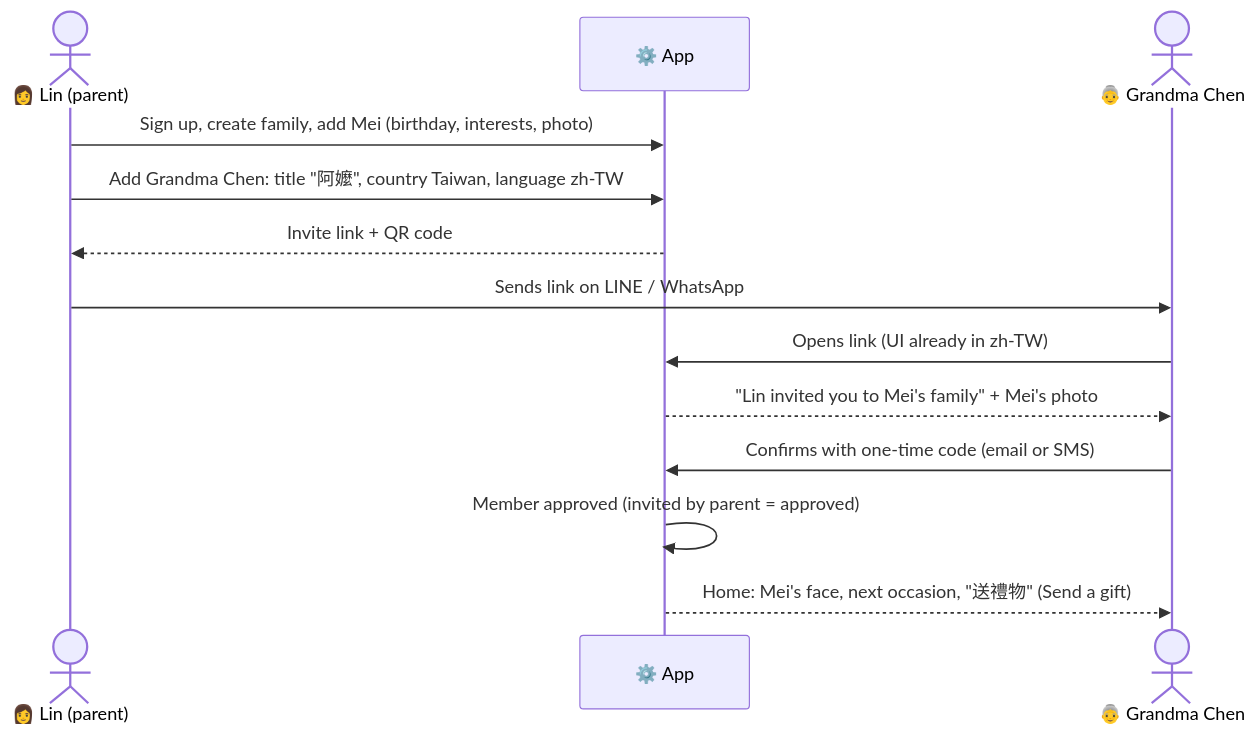
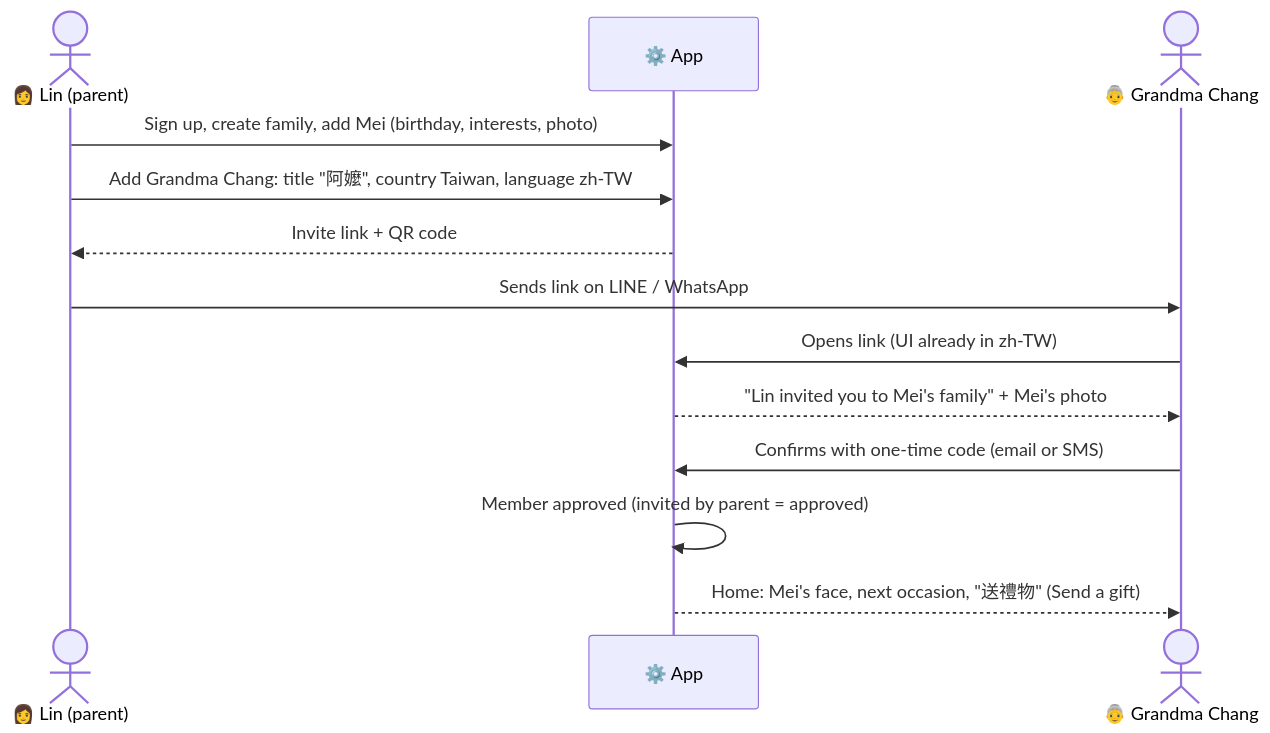
The second of 7 diagrams in docs/USER-FLOWS.md (SummerBreezeChang/thought), drawn with Mermaid before and after one commit. The commit also changed other lines of this file and 16 other files, not shown here.

First line of the commit message:
Grandma Chang, not Chen: fix the name everywhere

````diff
--- a/docs/USER-FLOWS.md
+++ b/docs/USER-FLOWS.md
@@ -52,15 +52,15 @@
 ```mermaid
 sequenceDiagram
   actor Lin as 👩 Lin (parent)
   participant App as ⚙️ App
-  actor Chen as 👵 Grandma Chen
+  actor Chang as 👵 Grandma Chang
   Lin->>App: Sign up, create family, add Mei (birthday, interests, photo)
-  Lin->>App: Add Grandma Chen: title "阿嬤", country Taiwan, language zh-TW
+  Lin->>App: Add Grandma Chang: title "阿嬤", country Taiwan, language zh-TW
   App-->>Lin: Invite link + QR code
-  Lin->>Chen: Sends link on LINE / WhatsApp
-  Chen->>App: Opens link (UI already in zh-TW)
-  App-->>Chen: "Lin invited you to Mei's family" + Mei's photo
-  Chen->>App: Confirms with one-time code (email or SMS)
+  Lin->>Chang: Sends link on LINE / WhatsApp
+  Chang->>App: Opens link (UI already in zh-TW)
+  App-->>Chang: "Lin invited you to Mei's family" + Mei's photo
+  Chang->>App: Confirms with one-time code (email or SMS)
   App->>App: Member approved (invited by parent = approved)
-  App-->>Chen: Home: Mei's face, next occasion, "送禮物" (Send a gift)
+  App-->>Chang: Home: Mei's face, next occasion, "送禮物" (Send a gift)
 ```
````
